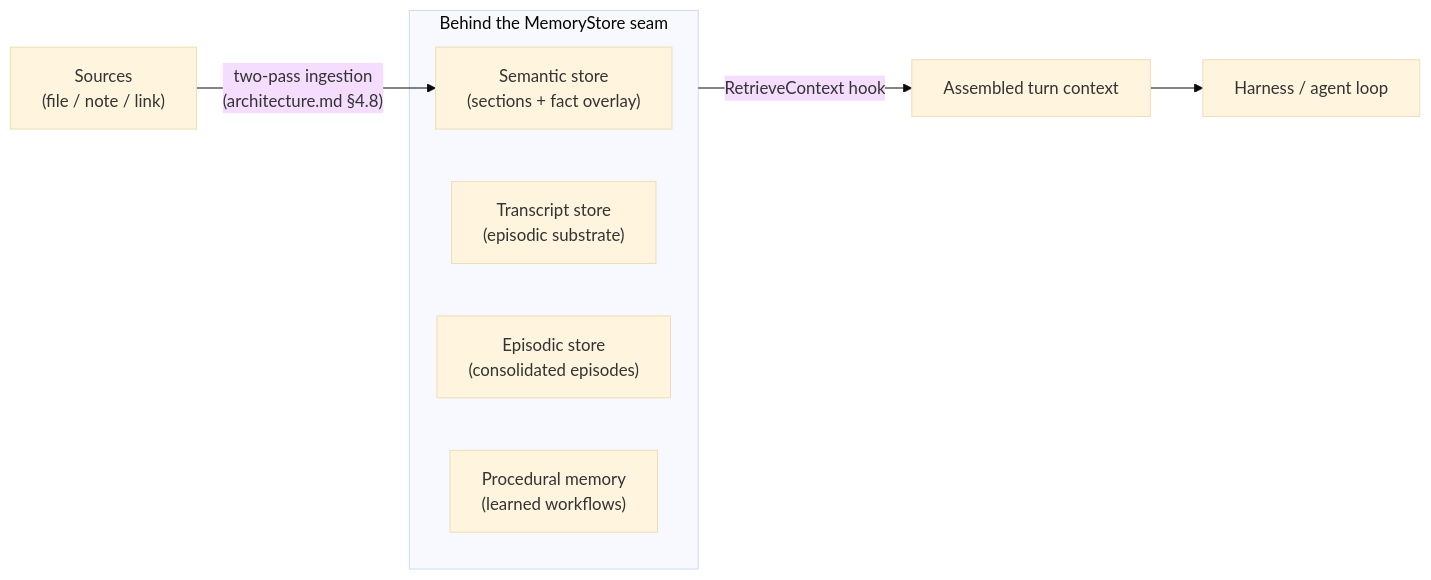
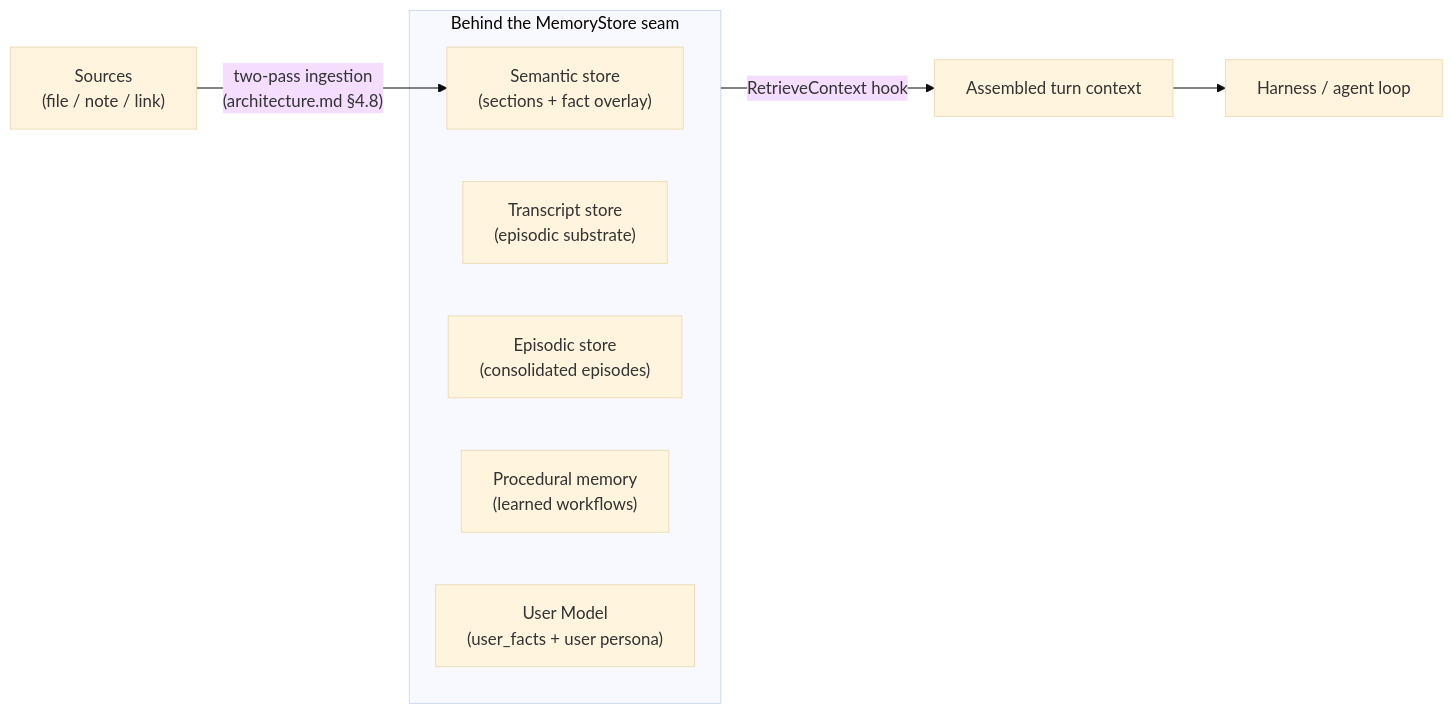
One commit to CobbleStamp/CobbleCompanion changed the first of 2 diagrams in docs/companion-memory.md. Above: the diagram before and after it, drawn with Mermaid (base theme). The commit also changed other lines of this file and 6 other files, not shown here.

First line of the commit message:
docs(user-model): design the User-Model workstream across the doc set

````diff
--- a/docs/companion-memory.md
+++ b/docs/companion-memory.md
@@ -39,12 +39,13 @@
 ```mermaid
 flowchart LR
     SRC["Sources<br/>(file / note / link)"] -->|"two-pass ingestion<br/>(architecture.md §4.8)"| SEM
     subgraph seam["Behind the MemoryStore seam"]
         TX["Transcript store<br/>(episodic substrate)"]
         SEM["Semantic store<br/>(sections + fact overlay)"]
         EP["Episodic store<br/>(consolidated episodes)"]
         PROC["Procedural memory<br/>(learned workflows)"]
+        USR["User Model<br/>(user_facts + user persona)"]
     end
     seam -->|"RetrieveContext hook"| CTX["Assembled turn context"]
     CTX --> H["Harness / agent loop"]
 ```
````
